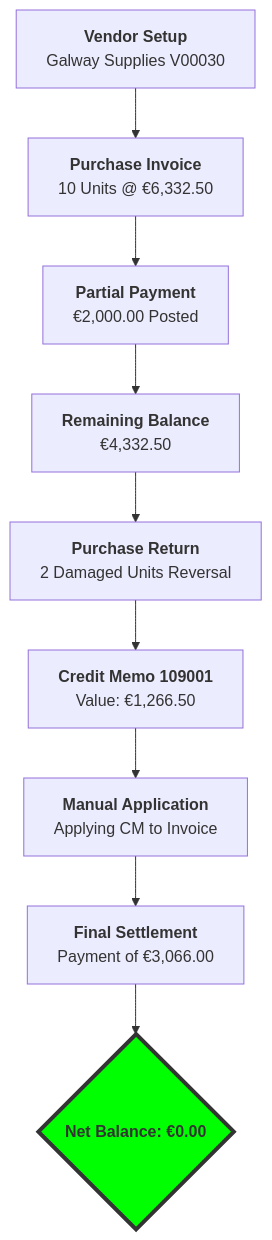
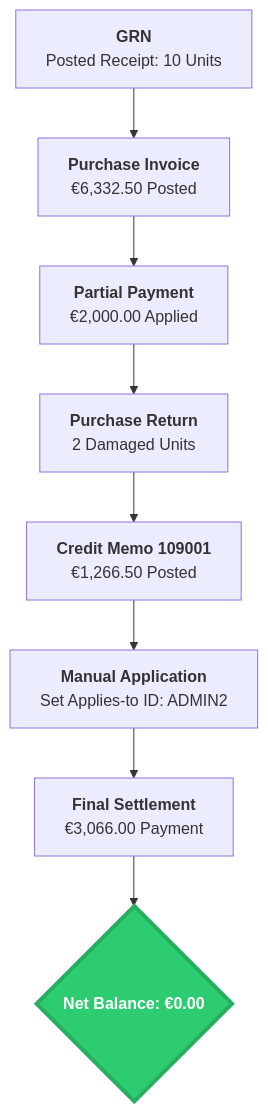
One commit to Hasan-Farooqui-ERP/D365-Business-Central-Functional-Portfolio changed the diagram in 01-P2P-Project/README.md. Above: the diagram before and after it, drawn with Mermaid. The commit also changed other lines of this file, not shown here.

````diff
--- a/01-P2P-Project/README.md
+++ b/01-P2P-Project/README.md
@@ -12,12 +12,11 @@
 ```mermaid
 graph TD
-    A[<b>Vendor Setup</b><br/>Galway Supplies V00030] --> B[<b>Purchase Invoice</b><br/>10 Units @ €6,332.50]
-    B --> C[<b>Partial Payment</b><br/>€2,000.00 Posted]
-    C --> D[<b>Remaining Balance</b><br/>€4,332.50]
-    D --> E[<b>Purchase Return</b><br/>2 Damaged Units Reversal]
-    E --> F[<b>Credit Memo 109001</b><br/>Value: €1,266.50]
-    F --> G[<b>Manual Application</b><br/>Applying CM to Invoice]
-    G --> H[<b>Final Settlement</b><br/>Payment of €3,066.00]
-    H --> I{<b>Net Balance: €0.00</b>}
-    style I fill:#00ff00,stroke:#333,stroke-width:4px
+    A[<b>GRN</b><br/>Posted Receipt: 10 Units] --> B[<b>Purchase Invoice</b><br/>€6,332.50 Posted]
+    B --> C[<b>Partial Payment</b><br/>€2,000.00 Applied]
+    C --> D[<b>Purchase Return</b><br/>2 Damaged Units]
+    D --> E[<b>Credit Memo 109001</b><br/>€1,266.50 Posted]
+    E --> F[<b>Manual Application</b><br/>Set Applies-to ID: ADMIN2]
+    F --> G[<b>Final Settlement</b><br/>€3,066.00 Payment]
+    G --> H{<b>Net Balance: €0.00</b>}
+    style H fill:#2ecc71,stroke:#27ae60,stroke-width:4px,color:#fff
 ```
````
